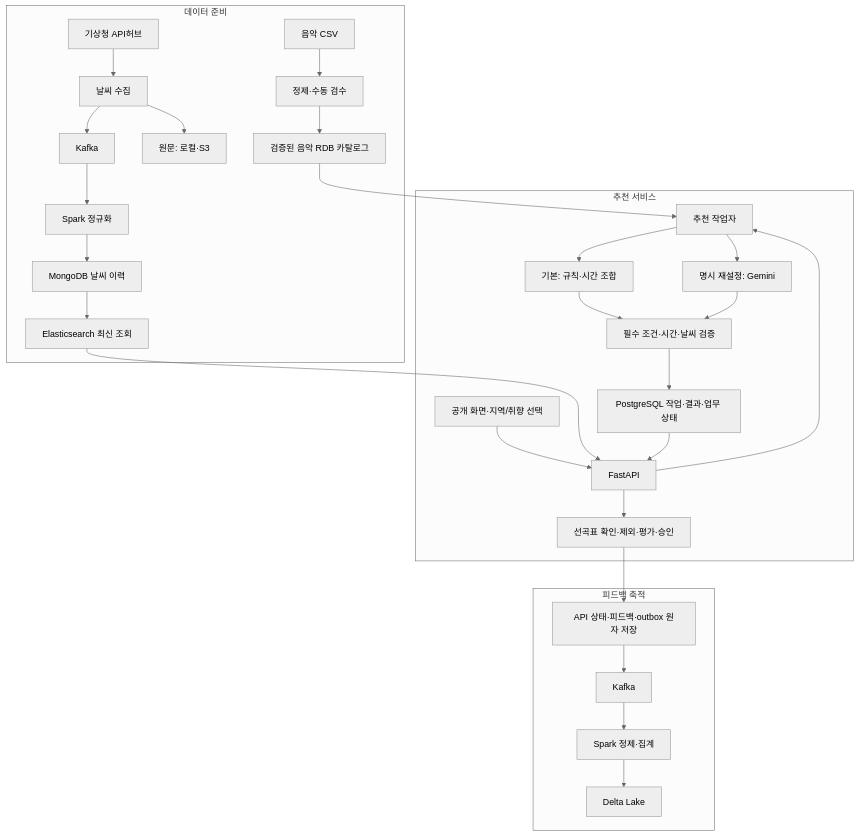
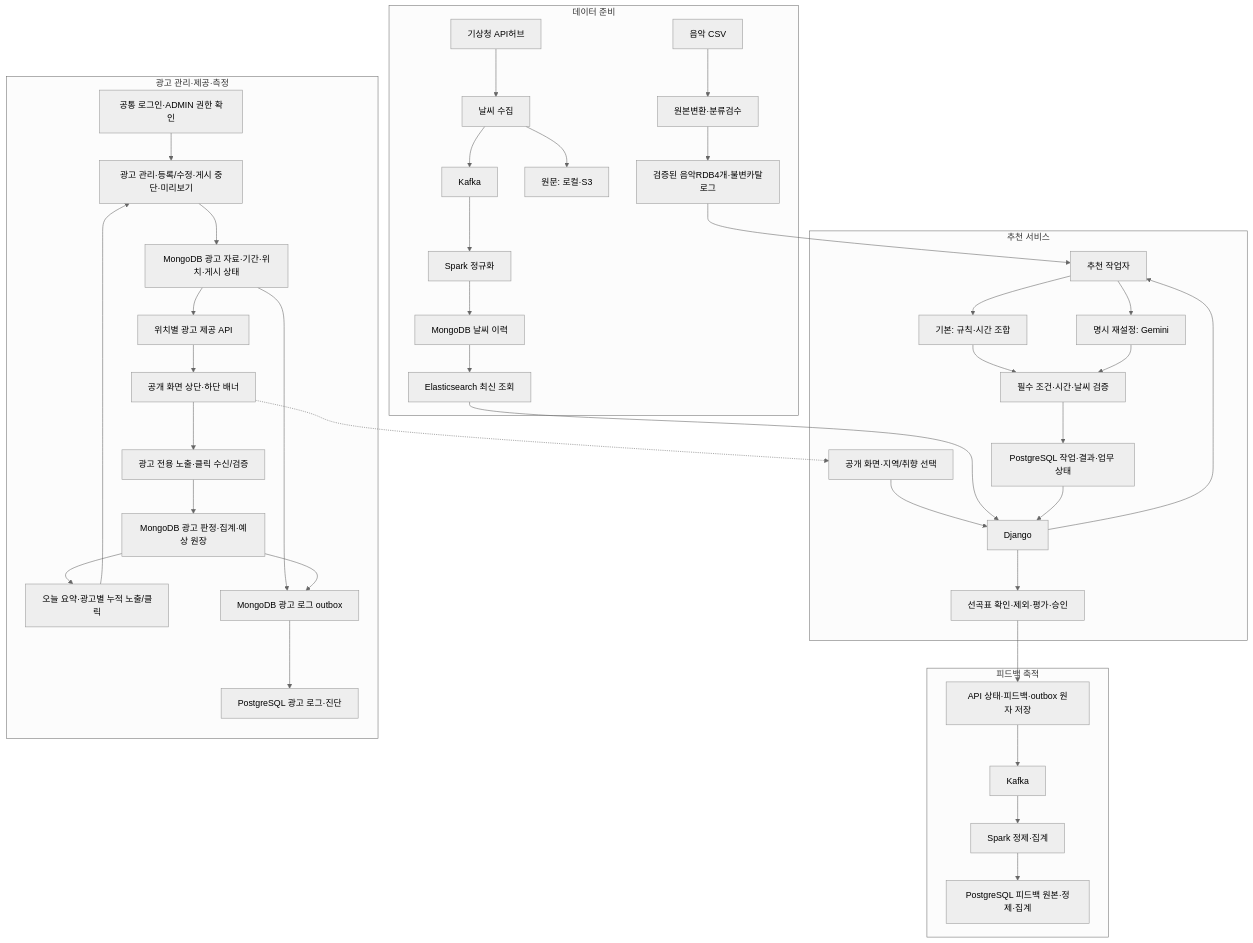
The diagram in README.md (encore-ai-campus/mlo-01-p3-team1), drawn with Mermaid (neutral theme) before and after one commit. The commit also changed other lines of this file and 36 other files, not shown here.

````diff
--- a/README.md
+++ b/README.md
@@ -54,32 +65,46 @@
 ```mermaid
 flowchart TB
     subgraph DATA[데이터 준비]
-        CSV[음악 CSV] --> REVIEW[정제·수동 검수]
-        REVIEW --> MUSIC[검증된 음악 RDB 카탈로그]
+        CSV[음악 CSV] --> REVIEW[원본변환·분류검수]
+        REVIEW --> MUSIC[검증된 음악RDB4개·불변카탈로그]
         KMA[기상청 API허브] --> COLLECT[날씨 수집]
         COLLECT --> RAW[원문: 로컬·S3]
         COLLECT --> WK[Kafka]
         WK --> WS[Spark 정규화]
         WS --> MONGO[MongoDB 날씨 이력]
         MONGO --> ES[Elasticsearch 최신 조회]
     end
     subgraph SERVICE[추천 서비스]
-        WEB[공개 화면·지역/취향 선택] --> API[FastAPI]
+        WEB[공개 화면·지역/취향 선택] --> API[Django]
         ES --> API
         API --> WORKER[추천 작업자]
         MUSIC --> WORKER
         WORKER --> RULE[기본: 규칙·시간 조합]
         WORKER --> GEMINI[명시 재설정: Gemini]
         RULE --> CHECK[필수 조건·시간·날씨 검증]
         GEMINI --> CHECK
         CHECK --> DB[PostgreSQL 작업·결과·업무 상태]
         DB --> API
         API --> RESULT[선곡표 확인·제외·평가·승인]
     end
     subgraph FEEDBACK[피드백 축적]
         RESULT --> SAVE[API 상태·피드백·outbox 원자 저장]
         SAVE --> FK[Kafka]
         FK --> FS[Spark 정제·집계]
-        FS --> DELTA[Delta Lake]
+        FS --> LOGDB[PostgreSQL 피드백 원본·정제·집계]
     end
+    subgraph ADS[광고 관리·제공·측정]
+        LOGIN[공통 로그인·ADMIN 권한 확인] --> ADADMIN[광고 관리·등록/수정·게시 중단·미리보기]
+        ADADMIN --> ADSTORE[MongoDB 광고 자료·기간·위치·게시 상태]
+        ADSTORE --> DELIVERY[위치별 광고 제공 API]
+        DELIVERY --> BANNERS[공개 화면 상단·하단 배너]
+        BANNERS --> ADEVENT[광고 전용 노출·클릭 수신/검증]
+        ADEVENT --> ADMETRICS[MongoDB 광고 판정·집계·예상 원장]
+        ADMETRICS --> ADSTATS[오늘 요약·광고별 누적 노출/클릭]
+        ADSTATS --> ADADMIN
+        ADSTORE --> ADOUTBOX[MongoDB 광고 로그 outbox]
+        ADMETRICS --> ADOUTBOX
+        ADOUTBOX --> ADLOG[PostgreSQL 광고 로그·진단]
+    end
+    BANNERS -.-> WEB
 ```
````
